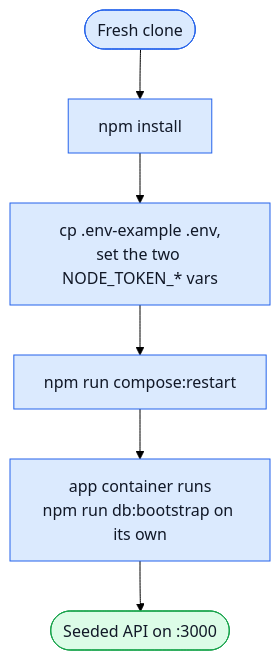
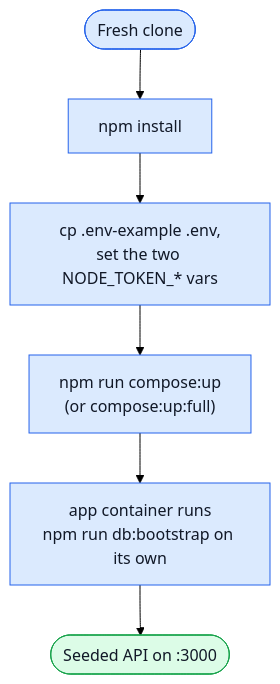
The first of 2 diagrams in docs/getting-started.md (Guebbit/boilerplate-node-backend), drawn with Mermaid (forest theme) before and after one commit. The commit also changed other lines of this file and 3 other files, not shown here.

````diff
--- a/docs/getting-started.md
+++ b/docs/getting-started.md
@@ -12,13 +13,13 @@
 ```mermaid
 flowchart TD
     Clone(["Fresh clone"]) --> Install["npm install"]
     Install --> Env["cp .env-example .env,\nset the two NODE_TOKEN_* vars"]
-    Env --> Up["npm run compose:restart"]
+    Env --> Up["npm run compose:up\n(or compose:up:full)"]
     Up --> Boot["app container runs\nnpm run db:bootstrap on its own"]
     Boot --> Ready(["Seeded API on :3000"])
 
     classDef step fill:#dbeafe,stroke:#2563eb,color:#111827;
     classDef done fill:#dcfce7,stroke:#16a34a,color:#111827;
     class Clone,Install,Env,Up,Boot step;
     class Ready done;
 ```
````
